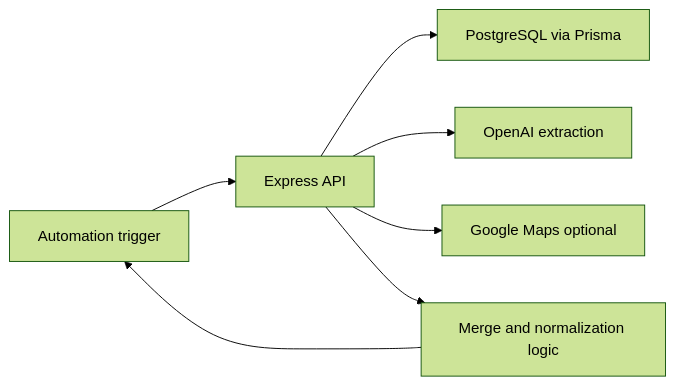
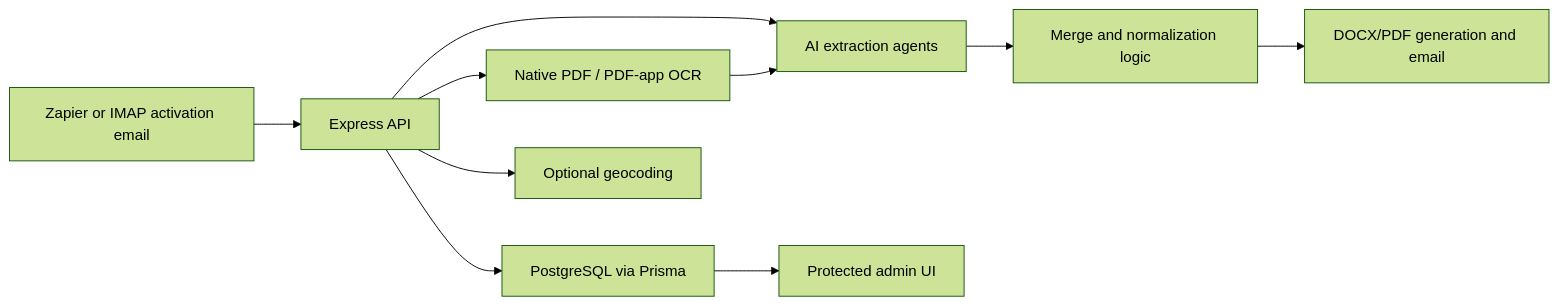
The first of 2 diagrams in docs/ARCHITECTURE.md (Seamus93/Astebook), drawn with Mermaid (forest theme) before and after one commit. The commit also changed other lines of this file and 19 other files, not shown here.

````diff
--- a/docs/ARCHITECTURE.md
+++ b/docs/ARCHITECTURE.md
@@ -5,9 +5,12 @@
 ```mermaid
 flowchart LR
-  Client[Automation trigger] --> API[Express API]
+  Client[Zapier or IMAP activation email] --> API[Express API]
   API --> DB[PostgreSQL via Prisma]
-  API --> AI[OpenAI extraction]
-  API --> Maps[Google Maps optional]
-  API --> Merge[Merge and normalization logic]
-  Merge --> Client
+  API --> OCR[Native PDF / PDF-app OCR]
+  API --> AI[AI extraction agents]
+  API --> Maps[Optional geocoding]
+  AI --> Merge[Merge and normalization logic]
+  OCR --> AI
+  Merge --> Document[DOCX/PDF generation and email]
+  DB --> Admin[Protected admin UI]
 ```
````
